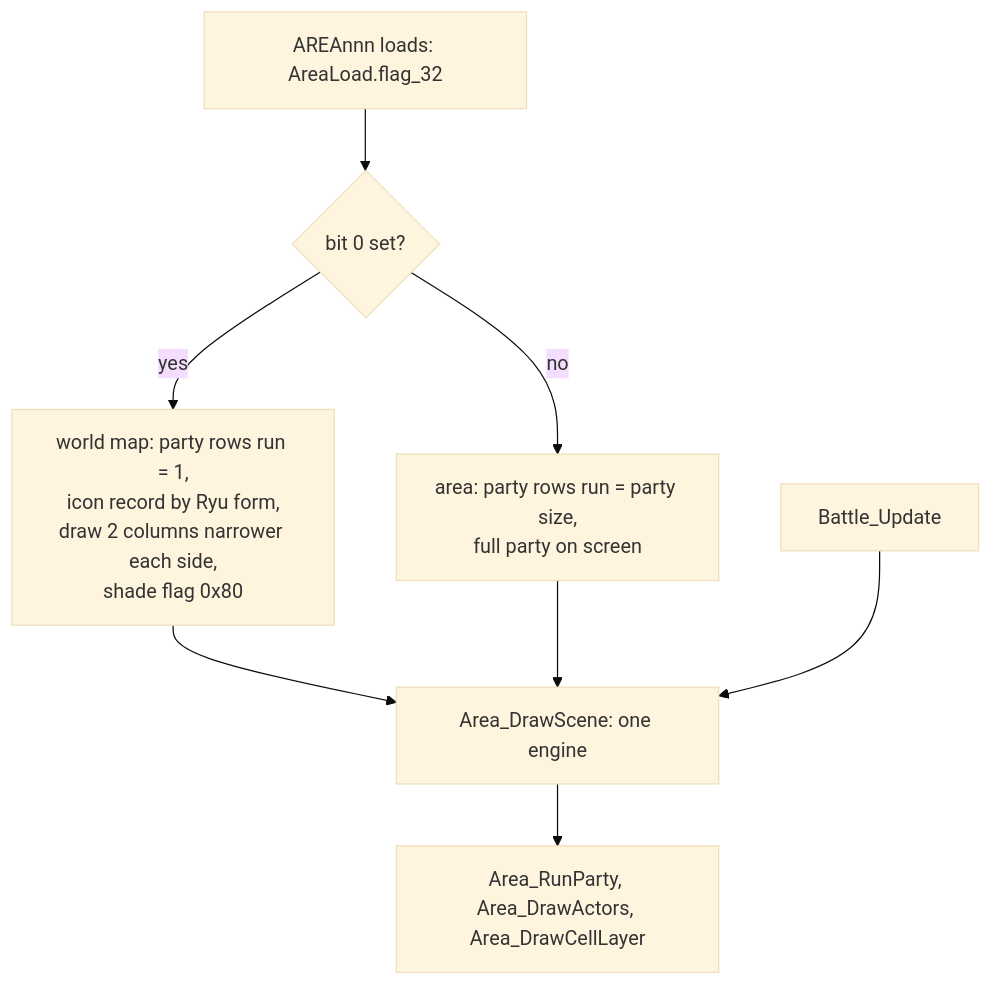
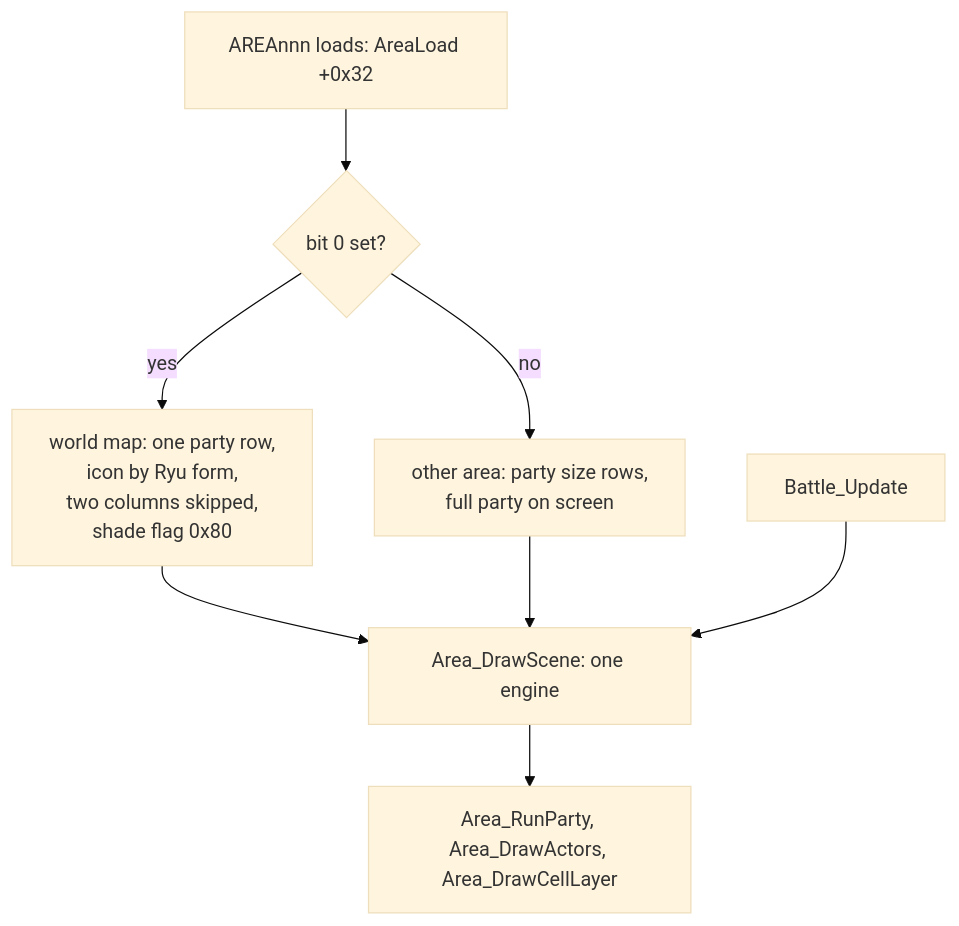
One commit to kerokline/bof3-wiki changed the diagram in src/game/runtime.md. Above: the diagram before and after it, drawn with Mermaid (base theme). The commit also changed other lines of this file, not shown here.

Commit message:
docs(wiki): rewrite runtime with images, windows and map kinds

````diff
--- a/src/game/runtime.md
+++ b/src/game/runtime.md
@@ -273,10 +78,10 @@
 ```mermaid
 flowchart TD
-    A["AREAnnn loads: AreaLoad.flag_32"] --> B{"bit 0 set?"}
-    B -- yes --> C["world map: party rows run = 1,<br/>icon record by Ryu form,<br/>draw 2 columns narrower each side,<br/>shade flag 0x80"]
-    B -- no --> D["area: party rows run = party size,<br/>full party on screen"]
+    A["AREAnnn loads: AreaLoad +0x32"] --> B{"bit 0 set?"}
+    B -- yes --> C["world map: one party row,<br/>icon by Ryu form,<br/>two columns skipped,<br/>shade flag 0x80"]
+    B -- no --> D["other area: party size rows,<br/>full party on screen"]
     C --> E["Area_DrawScene: one engine"]
     D --> E
     E --> F["Area_RunParty, Area_DrawActors, Area_DrawCellLayer"]
     G["Battle_Update"] --> E
 ```
````
